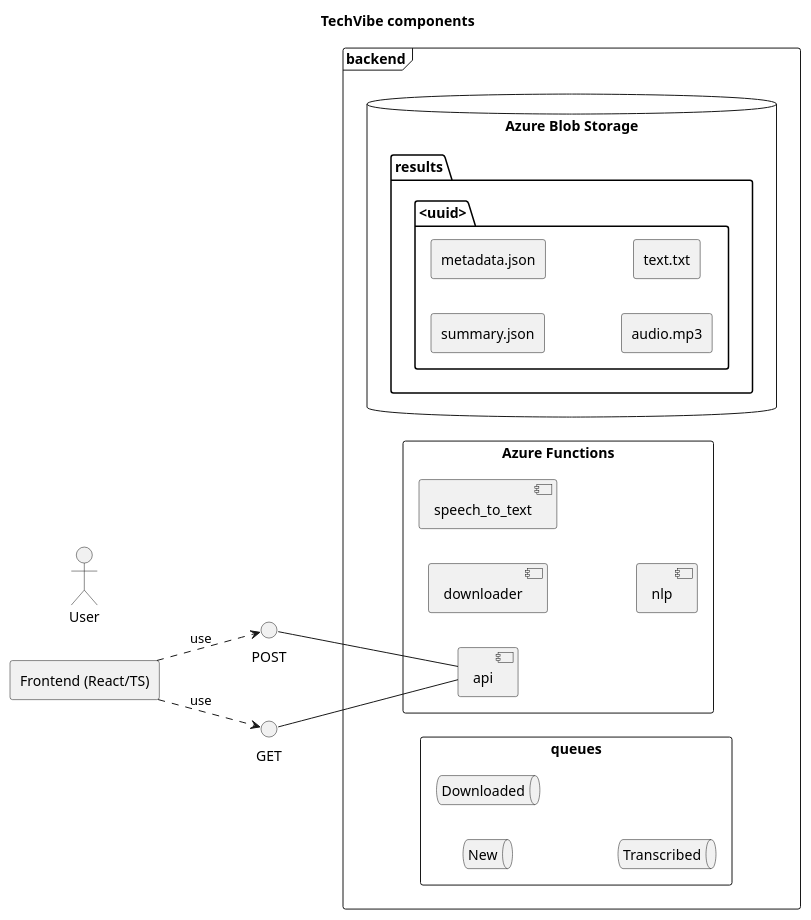
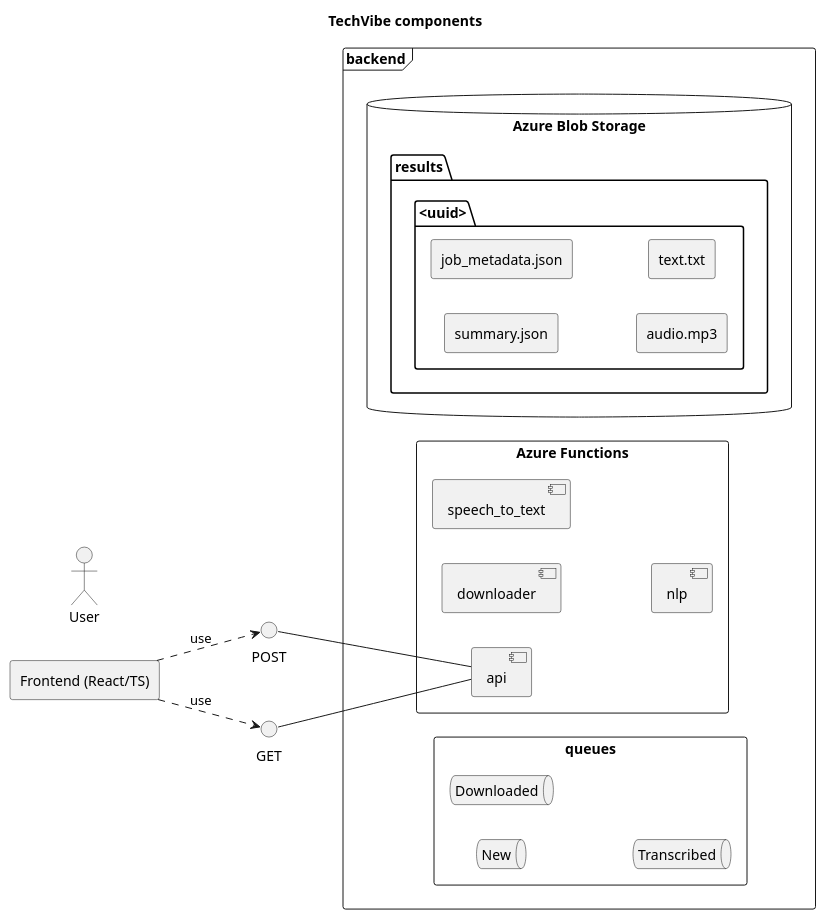
The diagram in docs/architecture.puml (Yehor-Kovalenko/TechVibe), drawn with PlantUML before and after one commit. The commit also changed 5 other files, not shown here.

Commit message:
feat: Replace magic strings for metadata.json with a constant string in config.py.

```diff
--- a/docs/architecture.puml
+++ b/docs/architecture.puml
@@ -1,44 +1,44 @@
 @startuml
 title TechVibe components
 left to right direction
 
 actor User
 
 rectangle "Frontend (React/TS)" as Frontend
 
 frame "backend" {
 database "Azure Blob Storage" as Blob {
     folder "results" {
         folder "<uuid>" {
             rectangle summary.json
-            rectangle metadata.json
+            rectangle job_metadata.json
             rectangle audio.mp3
             rectangle text.txt
         }
    }
 }
 
 rectangle "Azure Functions" as Functions {
     component "api" as F0
     component "downloader" as F1
     component "speech_to_text" as F2
     component "nlp" as F3
 }
 
 rectangle queues {
     queue "New" as SQ
     queue "Downloaded" as DQ
     queue "Transcribed" as TQ
 }
 }
 
 interface POST
 interface GET
 
 POST -down- [F0]
 GET -down- [F0]
 
 Frontend ..> POST: use
 Frontend ..> GET: use
 
 @enduml
```
